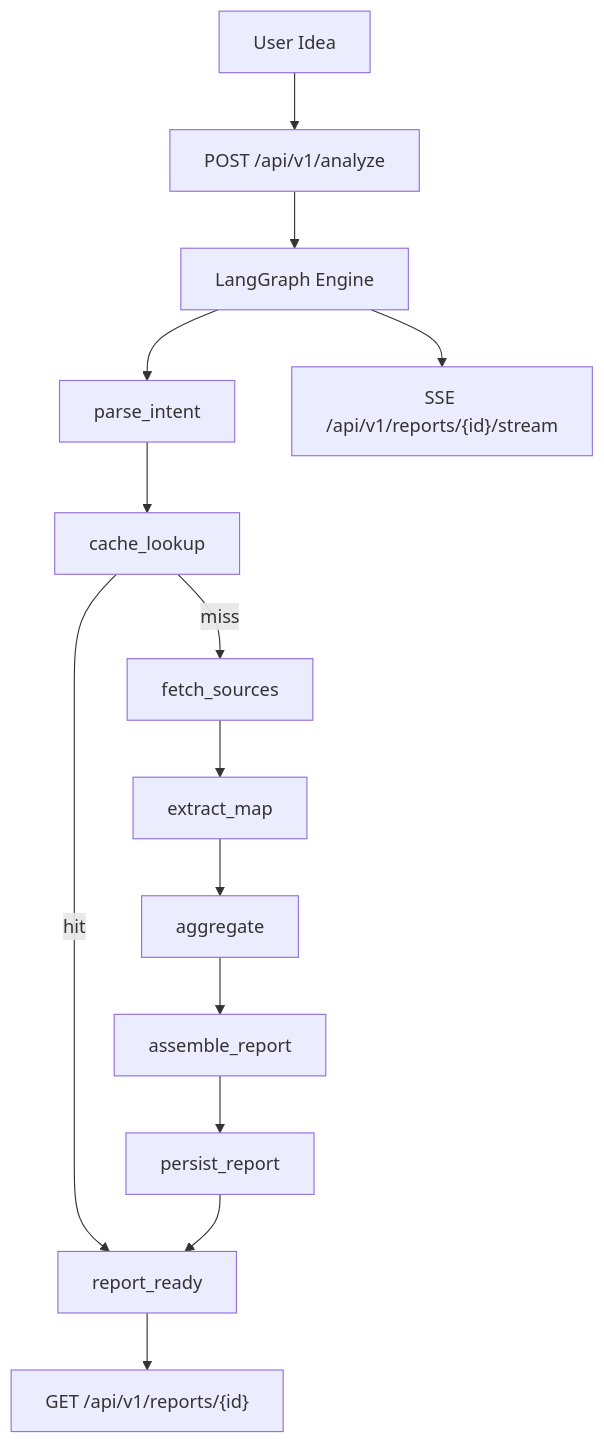
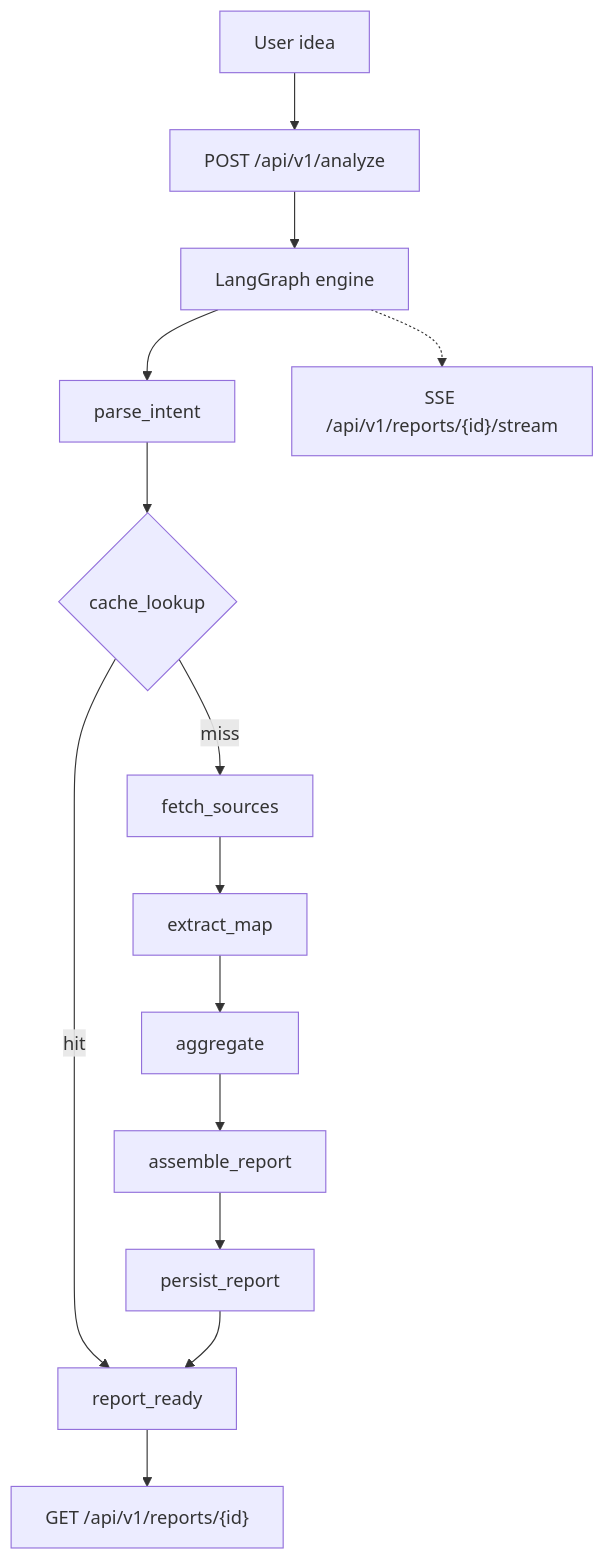
One commit to Tendo33/IdeaGo changed the diagram in README.md. Above: the diagram before and after it, drawn with Mermaid. The commit also changed other lines of this file and 1 other file, not shown here.

````diff
--- a/README.md
+++ b/README.md
@@ -90,16 +159,16 @@
 ```mermaid
 flowchart TD
-    A["User Idea"] --> B["POST /api/v1/analyze"]
-    B --> C["LangGraph Engine"]
+    A["User idea"] --> B["POST /api/v1/analyze"]
+    B --> C["LangGraph engine"]
     C --> D["parse_intent"]
-    D --> E["cache_lookup"]
+    D --> E{"cache_lookup"}
     E -->|hit| F["report_ready"]
     E -->|miss| G["fetch_sources"]
     G --> H["extract_map"]
     H --> I["aggregate"]
     I --> J["assemble_report"]
     J --> K["persist_report"]
     K --> F
     F --> L["GET /api/v1/reports/{id}"]
-    C --> M["SSE /api/v1/reports/{id}/stream"]
+    C -.-> M["SSE /api/v1/reports/{id}/stream"]
 ```
````
